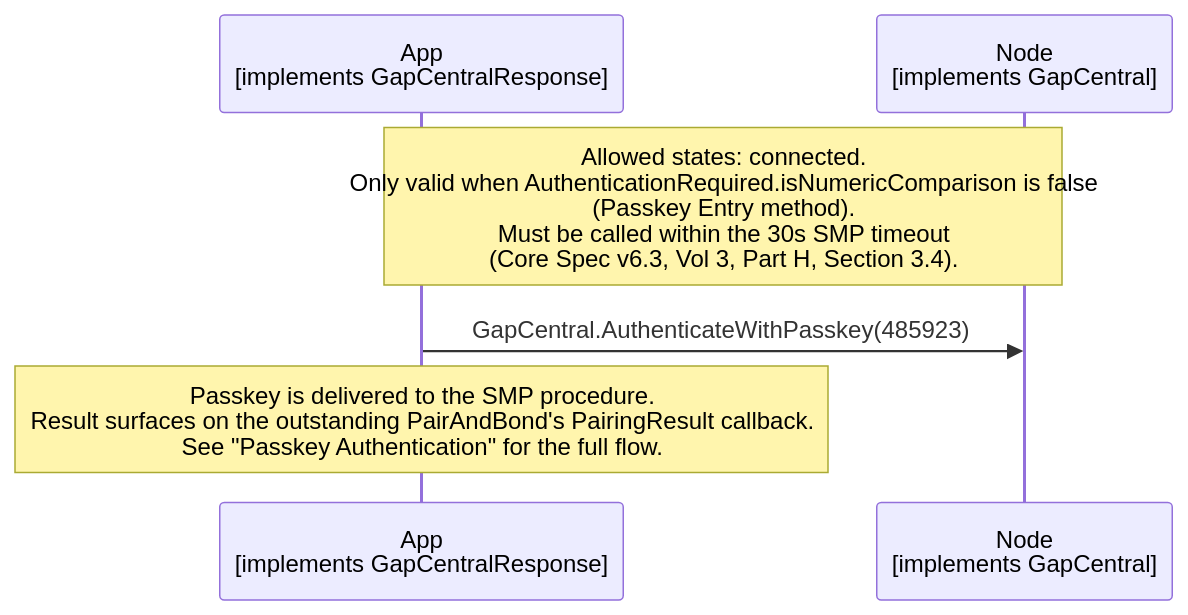
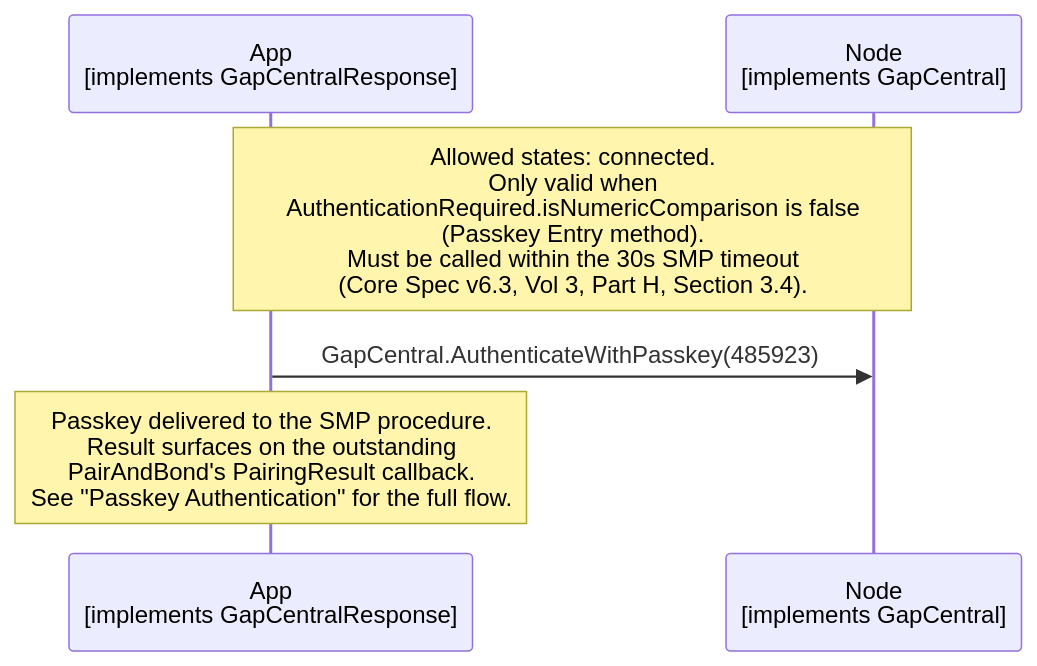
One commit to philips-software/amp-embedded-infra-lib changed the diagram in documents/modules/ROOT/partials/echoservices/gap_central/GapCentral_AuthenticateWithPasskey_sequence.mmd. Above: the diagram before and after it, drawn with Mermaid. The commit also changed 27 other files, not shown here.

```diff
--- a/documents/modules/ROOT/partials/echoservices/gap_central/GapCentral_AuthenticateWithPasskey_sequence.mmd
+++ b/documents/modules/ROOT/partials/echoservices/gap_central/GapCentral_AuthenticateWithPasskey_sequence.mmd
@@ -1,9 +1,9 @@
 sequenceDiagram
     participant App as App<br>[implements GapCentralResponse]
     participant Node as Node<br>[implements GapCentral]
 
-    Note over App, Node: Allowed states: connected.<br>Only valid when AuthenticationRequired.isNumericComparison is false<br>(Passkey Entry method).<br>Must be called within the 30s SMP timeout<br>(Core Spec v6.3, Vol 3, Part H, Section 3.4).
+    Note over App, Node: Allowed states: connected.<br>Only valid when<br>AuthenticationRequired.isNumericComparison is false<br>(Passkey Entry method).<br>Must be called within the 30s SMP timeout<br>(Core Spec v6.3, Vol 3, Part H, Section 3.4).
 
     App->>Node: GapCentral.AuthenticateWithPasskey(485923)
 
-    Note over App: Passkey is delivered to the SMP procedure.<br>Result surfaces on the outstanding PairAndBond's PairingResult callback.<br>See "Passkey Authentication" for the full flow.
+    Note over App: Passkey delivered to the SMP procedure.<br>Result surfaces on the outstanding<br>PairAndBond's PairingResult callback.<br>See "Passkey Authentication" for the full flow.
```
